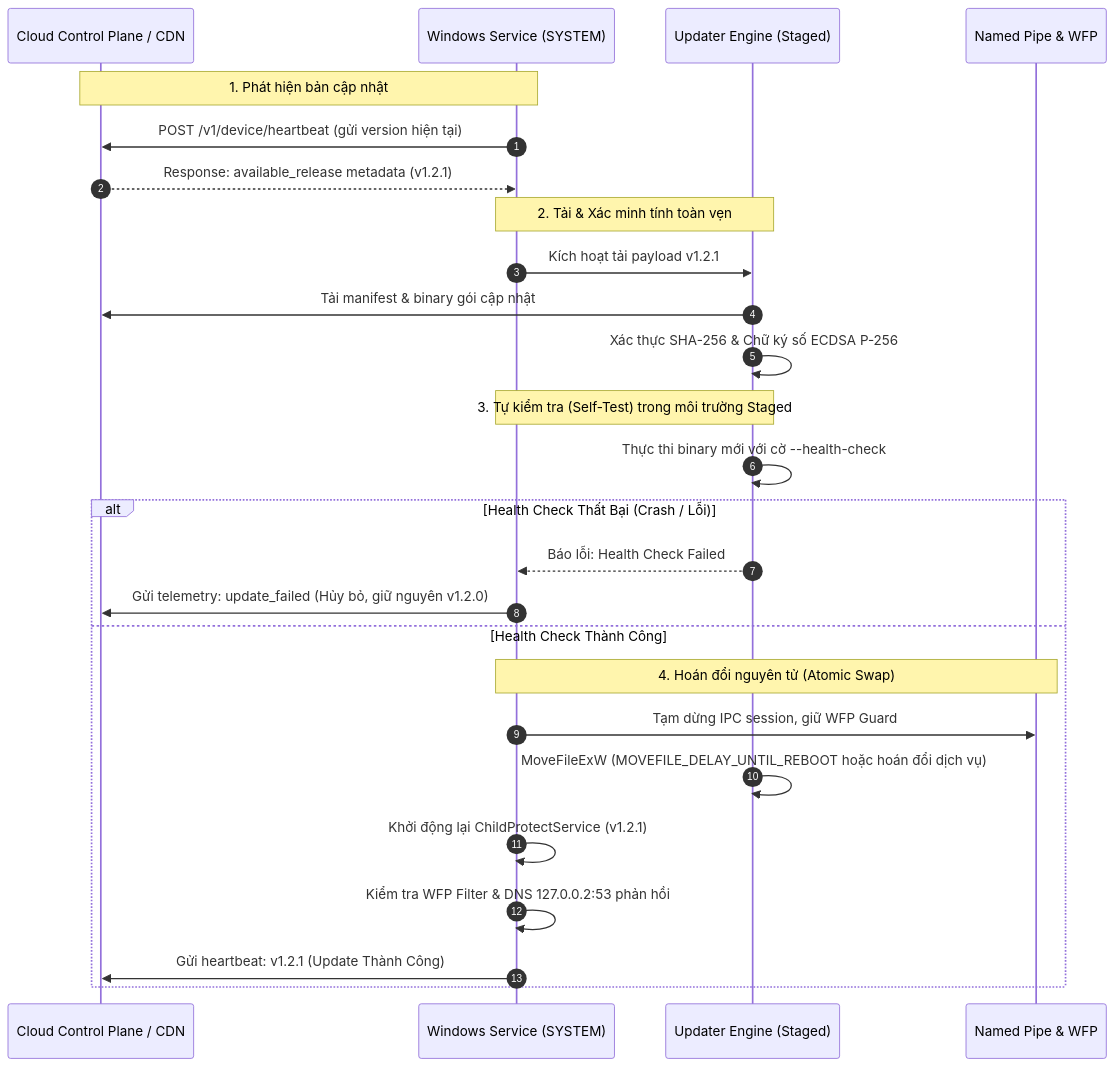
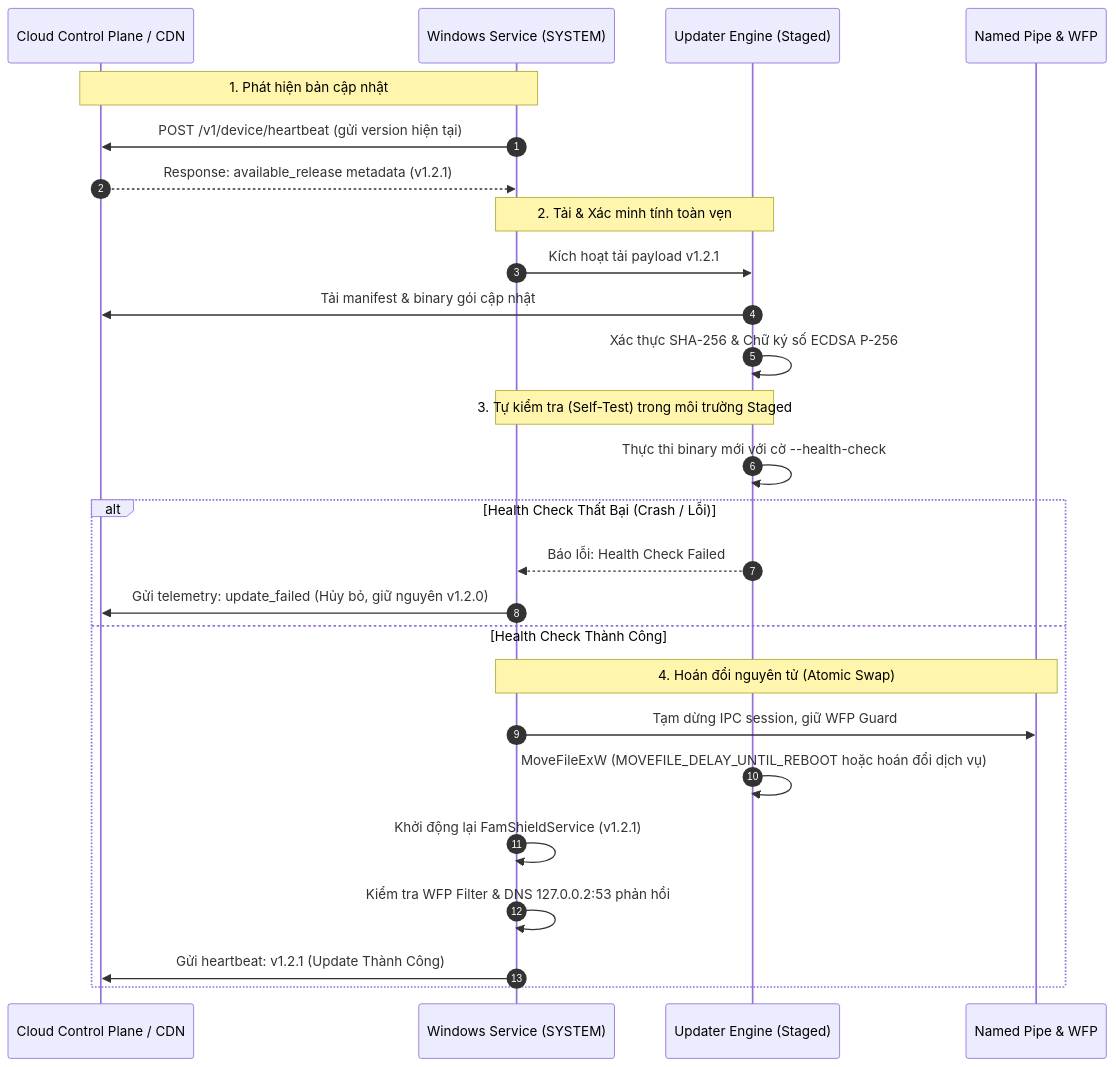
One commit to nntu/famshield-agent changed the diagram in docs/12-AUTO-UPDATE-AND-VERSIONING.md. Above: the diagram before and after it, drawn with Mermaid. The commit also changed other lines of this file and 55 other files, not shown here.

Commit message:
refactor: rename project from FamShield to FamShield across all crates, server, web, docs, and installer

````diff
--- a/docs/12-AUTO-UPDATE-AND-VERSIONING.md
+++ b/docs/12-AUTO-UPDATE-AND-VERSIONING.md
@@ -86,31 +86,31 @@
 ```mermaid
 sequenceDiagram
     autonumber
     participant Server as Cloud Control Plane / CDN
     participant Svc as Windows Service (SYSTEM)
     participant Upd as Updater Engine (Staged)
     participant Pipe as Named Pipe & WFP
 
     Note over Svc,Server: 1. Phát hiện bản cập nhật
     Svc->>Server: POST /v1/device/heartbeat (gửi version hiện tại)
     Server-->>Svc: Response: available_release metadata (v1.2.1)
     
     Note over Svc,Upd: 2. Tải & Xác minh tính toàn vẹn
     Svc->>Upd: Kích hoạt tải payload v1.2.1
     Upd->>Server: Tải manifest & binary gói cập nhật
     Upd->>Upd: Xác thực SHA-256 & Chữ ký số ECDSA P-256
     
     Note over Upd,Svc: 3. Tự kiểm tra (Self-Test) trong môi trường Staged
     Upd->>Upd: Thực thi binary mới với cờ --health-check
     alt Health Check Thất Bại (Crash / Lỗi)
         Upd-->>Svc: Báo lỗi: Health Check Failed
         Svc->>Server: Gửi telemetry: update_failed (Hủy bỏ, giữ nguyên v1.2.0)
     else Health Check Thành Công
         Note over Svc,Pipe: 4. Hoán đổi nguyên tử (Atomic Swap)
         Svc->>Pipe: Tạm dừng IPC session, giữ WFP Guard
         Upd->>Upd: MoveFileExW (MOVEFILE_DELAY_UNTIL_REBOOT hoặc hoán đổi dịch vụ)
-        Svc->>Svc: Khởi động lại ChildProtectService (v1.2.1)
+        Svc->>Svc: Khởi động lại FamShieldService (v1.2.1)
         Svc->>Svc: Kiểm tra WFP Filter & DNS 127.0.0.2:53 phản hồi
         Svc->>Server: Gửi heartbeat: v1.2.1 (Update Thành Công)
     end
 ```
````
